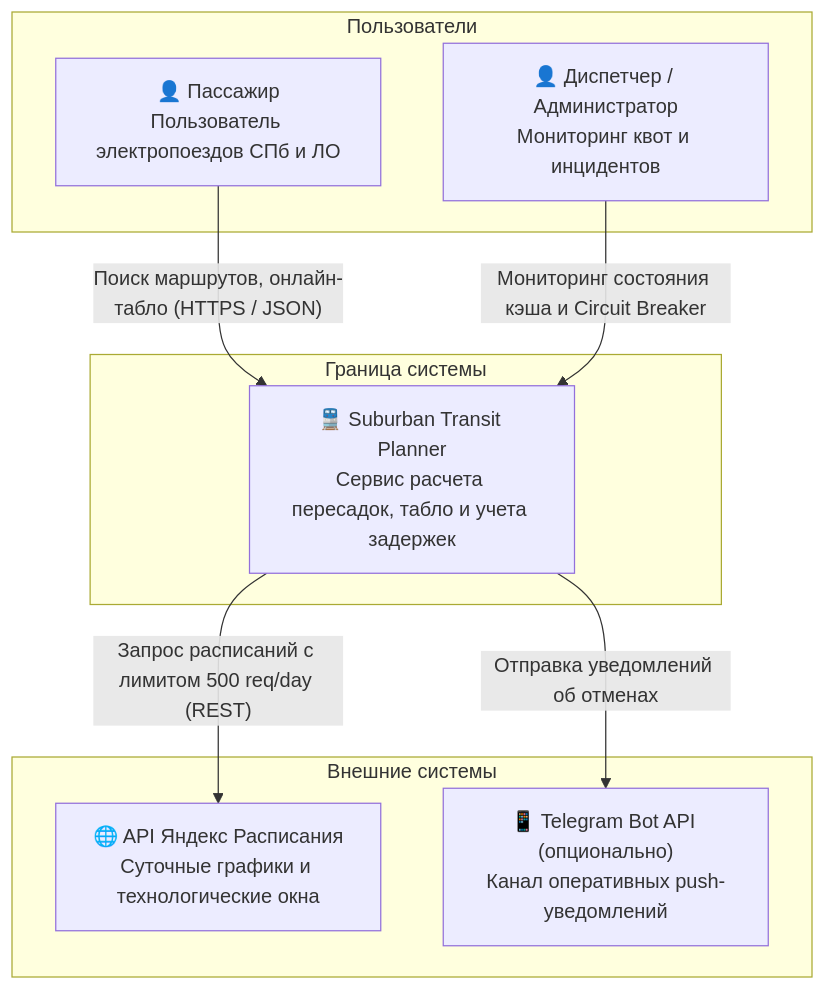
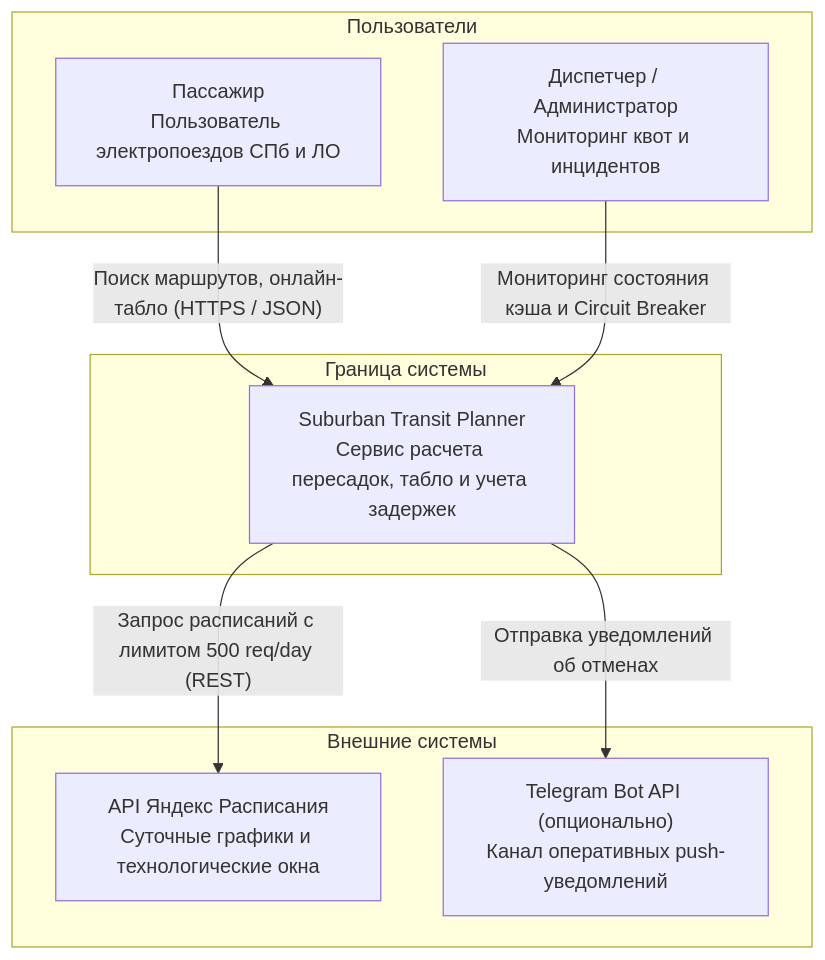
Before and after one commit to mordw1n/suburban-transit-planner: the first of 4 diagrams in docs/02-architecture.md, drawn with Mermaid. The commit also changed other lines of this file and 3 other files, not shown here.

````diff
--- a/docs/02-architecture.md
+++ b/docs/02-architecture.md
@@ -82,21 +81,21 @@
 ```mermaid
 flowchart TD
     subgraph Users ["Пользователи"]
-        Passenger["👤 Пассажир<br/>Пользователь электропоездов СПб и ЛО"]
-        Admin["👤 Диспетчер / Администратор<br/>Мониторинг квот и инцидентов"]
+        Passenger["Пассажир<br/>Пользователь электропоездов СПб и ЛО"]
+        Admin["Диспетчер / Администратор<br/>Мониторинг квот и инцидентов"]
     end
 
     subgraph SystemScope ["Граница системы"]
-        Planner["🚆 Suburban Transit Planner<br/>Сервис расчета пересадок, табло и учета задержек"]
+        Planner["Suburban Transit Planner<br/>Сервис расчета пересадок, табло и учета задержек"]
     end
 
     subgraph ExternalSystems ["Внешние системы"]
-        YandexAPI["🌐 API Яндекс Расписания<br/>Суточные графики и технологические окна"]
-        TelegramAPI["📱 Telegram Bot API (опционально)<br/>Канал оперативных push-уведомлений"]
+        YandexAPI["API Яндекс Расписания<br/>Суточные графики и технологические окна"]
+        TelegramAPI["Telegram Bot API (опционально)<br/>Канал оперативных push-уведомлений"]
     end
 
     Passenger -->|"Поиск маршрутов, онлайн-табло (HTTPS / JSON)"| Planner
     Admin -->|"Мониторинг состояния кэша и Circuit Breaker"| Planner
     Planner -->|"Запрос расписаний с лимитом 500 req/day (REST)"| YandexAPI
     Planner -->|"Отправка уведомлений об отменах"| TelegramAPI
 ```
````
